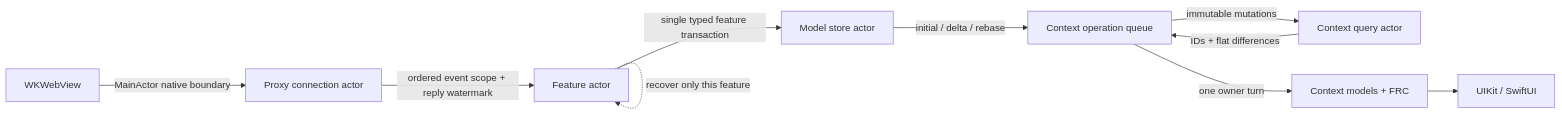
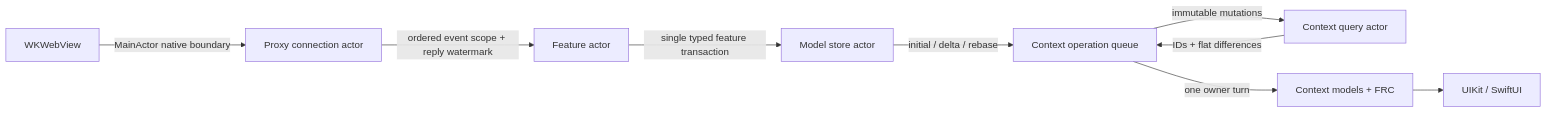
One commit to lynnswap/WebInspectorKit changed the diagram in Docs/Architecture.md. Above: the diagram before and after it, drawn with Mermaid. The commit also changed other lines of this file and 31 other files, not shown here.

```diff
--- a/Docs/Architecture.md
+++ b/Docs/Architecture.md
@@ -590,12 +596,11 @@
 ~~~mermaid
 flowchart LR
     WK[WKWebView] -->|MainActor native boundary| P[Proxy connection actor]
     P -->|ordered event scope + reply watermark| F[Feature actor]
     F -->|single typed feature transaction| S[Model store actor]
     S -->|initial / delta / rebase| Q[Context operation queue]
     Q -->|immutable mutations| I[Context query actor]
     I -->|IDs + flat differences| Q
     Q -->|one owner turn| C[Context models + FRC]
     C --> U[UIKit / SwiftUI]
-    F -. recover only this feature .-> F
 ~~~
```
